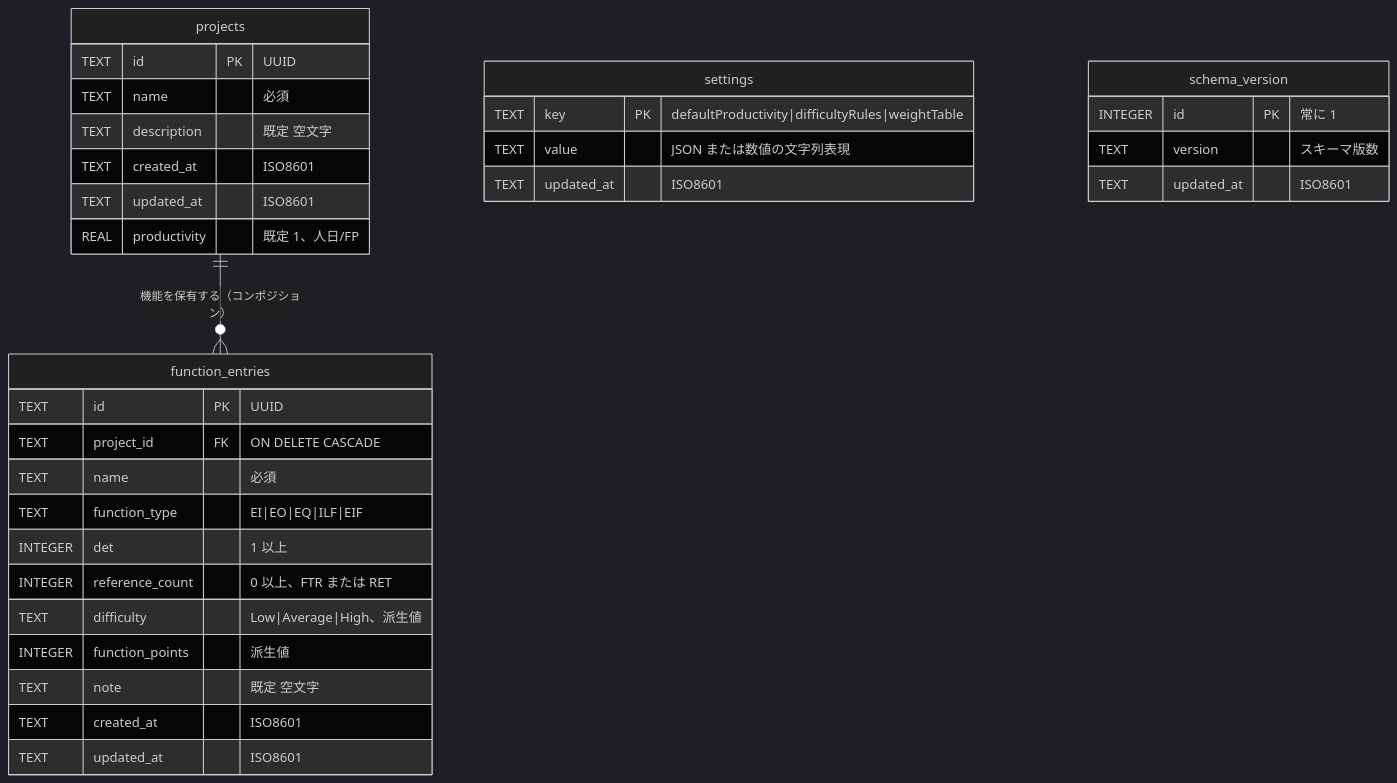
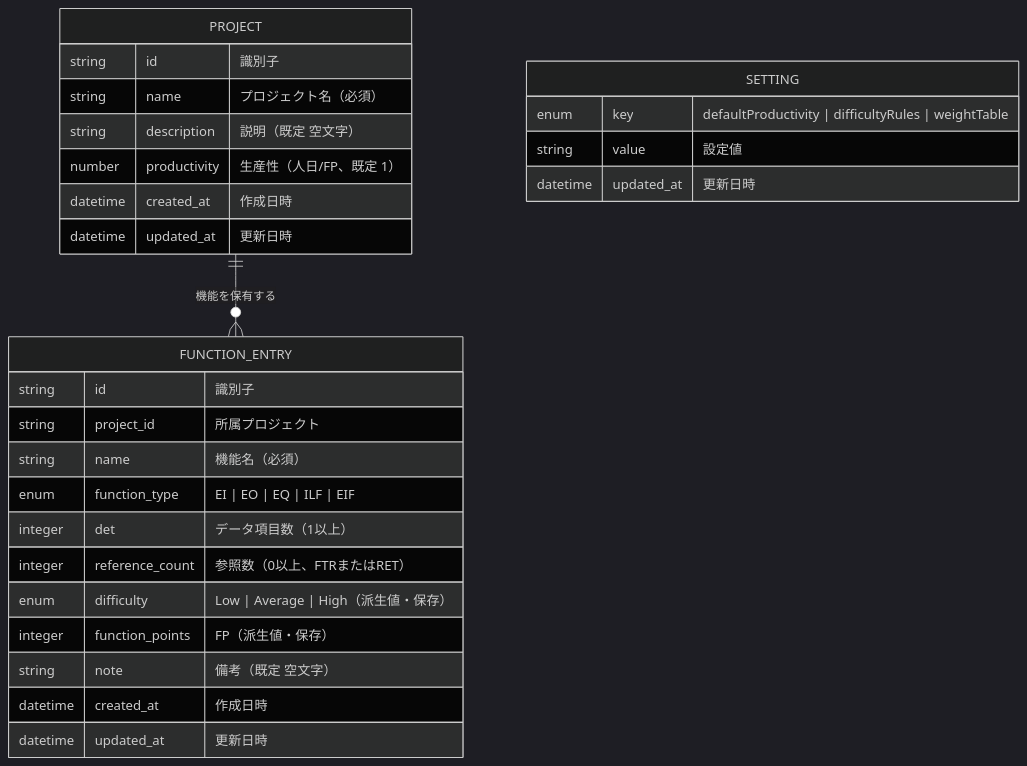
One commit to neko3cs/FP-Studio changed the third of 4 diagrams in docs/specification.md. Above: the diagram before and after it, drawn with Mermaid (dark theme). The commit also changed other lines of this file and 2 other files, not shown here.

````diff
--- a/docs/specification.md
+++ b/docs/specification.md
@@ -111,39 +245,33 @@
 ```mermaid
 erDiagram
-    projects ||--o{ function_entries : "機能を保有する（コンポジション）"
+    PROJECT ||--o{ FUNCTION_ENTRY : "機能を保有する"
 
-    projects {
-        TEXT id PK "UUID"
-        TEXT name "必須"
-        TEXT description "既定 空文字"
-        TEXT created_at "ISO8601"
-        TEXT updated_at "ISO8601"
-        REAL productivity "既定 1、人日/FP"
+    PROJECT {
+        string id "識別子"
+        string name "プロジェクト名（必須）"
+        string description "説明（既定 空文字）"
+        number productivity "生産性（人日/FP、既定 1）"
+        datetime created_at "作成日時"
+        datetime updated_at "更新日時"
     }
 
-    function_entries {
-        TEXT id PK "UUID"
-        TEXT project_id FK "ON DELETE CASCADE"
-        TEXT name "必須"
-        TEXT function_type "EI|EO|EQ|ILF|EIF"
-        INTEGER det "1 以上"
-        INTEGER reference_count "0 以上、FTR または RET"
-        TEXT difficulty "Low|Average|High、派生値"
-        INTEGER function_points "派生値"
-        TEXT note "既定 空文字"
-        TEXT created_at "ISO8601"
-        TEXT updated_at "ISO8601"
+    FUNCTION_ENTRY {
+        string id "識別子"
+        string project_id "所属プロジェクト"
+        string name "機能名（必須）"
+        enum function_type "EI | EO | EQ | ILF | EIF"
+        integer det "データ項目数（1以上）"
+        integer reference_count "参照数（0以上、FTRまたはRET）"
+        enum difficulty "Low | Average | High（派生値・保存）"
+        integer function_points "FP（派生値・保存）"
+        string note "備考（既定 空文字）"
+        datetime created_at "作成日時"
+        datetime updated_at "更新日時"
     }
 
-    settings {
-        TEXT key PK "defaultProductivity|difficultyRules|weightTable"
-        TEXT value "JSON または数値の文字列表現"
-        TEXT updated_at "ISO8601"
-    }
-
-    schema_version {
-        INTEGER id PK "常に 1"
-        TEXT version "スキーマ版数"
-        TEXT updated_at "ISO8601"
+    SETTING {
+        enum key "defaultProductivity | difficultyRules | weightTable"
+        string value "設定値"
+        datetime updated_at "更新日時"
     }
 ```
````
